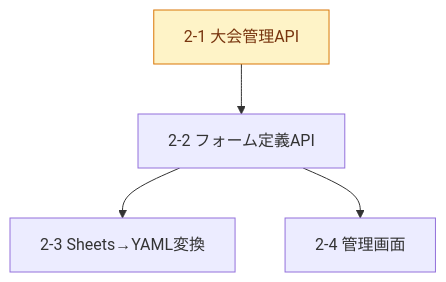
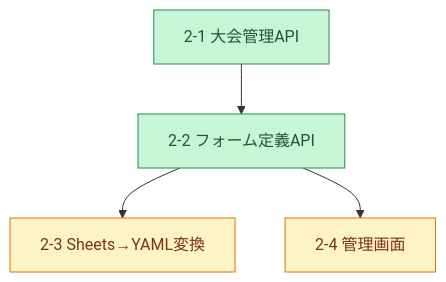
Before and after one commit to m-uesaka/regional-quiz-entry-form: the fourth of 7 diagrams in tasks.md, drawn with Mermaid. The commit also changed other lines of this file and 9 other files, not shown here.

````diff
--- a/tasks.md
+++ b/tasks.md
@@ -115,8 +115,9 @@
 ```mermaid
 graph TD
-  T21["2-1 大会管理API"]:::next --> T22["2-2 フォーム定義API"]
-  T22 --> T23["2-3 Sheets→YAML変換"]
-  T22 --> T24["2-4 管理画面"]
+  T21["2-1 大会管理API"]:::done --> T22["2-2 フォーム定義API"]:::done
+  T22 --> T23["2-3 Sheets→YAML変換"]:::next
+  T22 --> T24["2-4 管理画面"]:::next
 
+  classDef done fill:#c6f6d5,stroke:#2f855a,color:#22543d;
   classDef next fill:#fef3c7,stroke:#d97706,color:#78350f;
 ```
````
